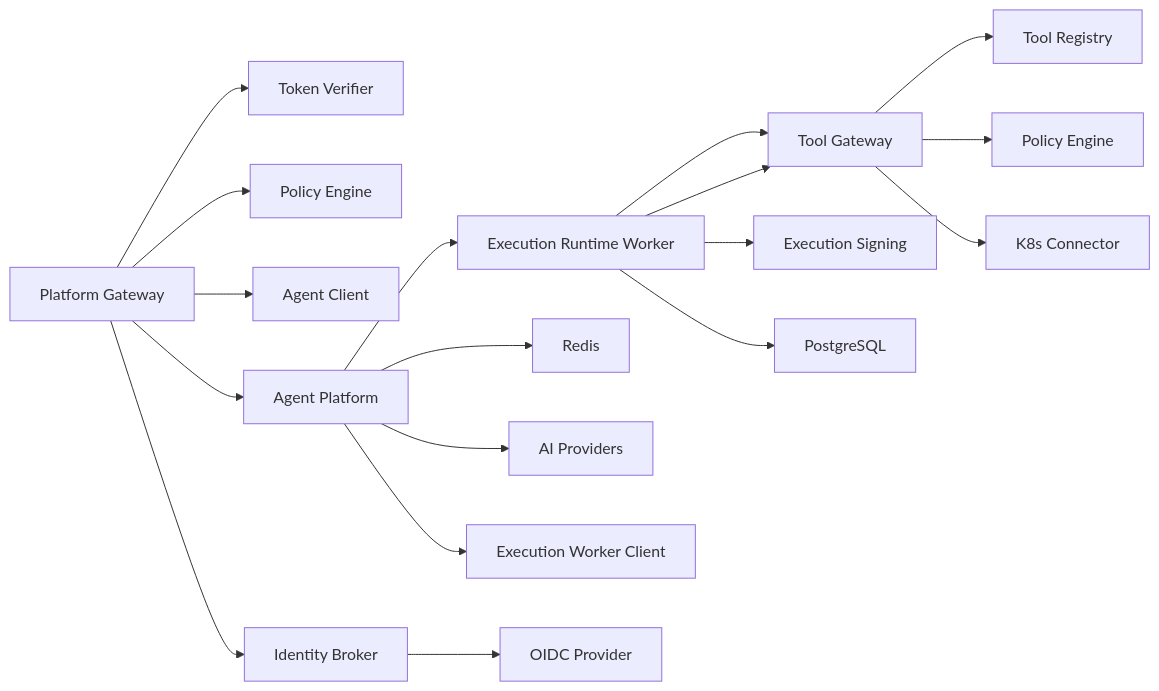
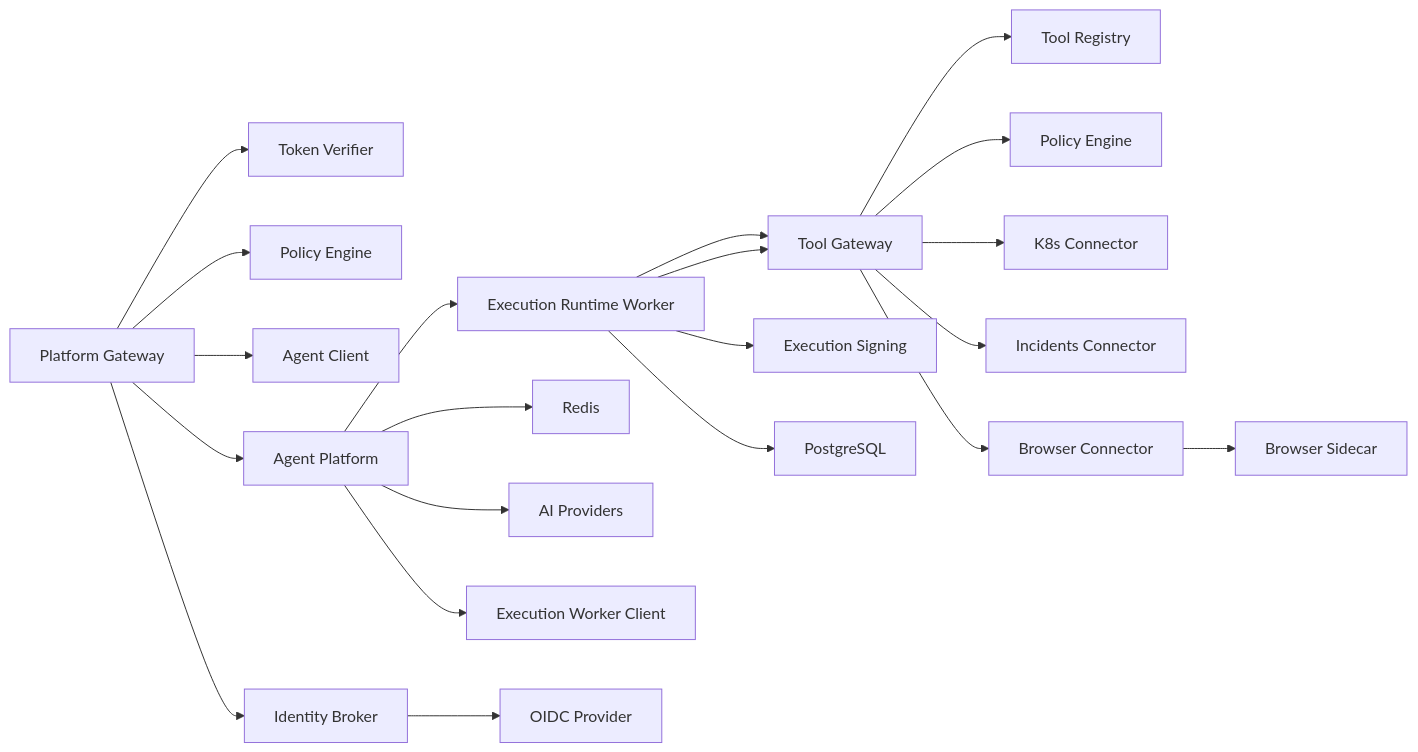
Before and after one commit to metasync/luban-aiops: the tenth of 11 diagrams in .qoder/repowiki/en/content/Architecture Documentation/Architecture Documentation.md, drawn with Mermaid. The commit also changed other lines of this file and 35 other files, not shown here.

````diff
--- a/.qoder/repowiki/en/content/Architecture Documentation/Architecture Documentation.md
+++ b/.qoder/repowiki/en/content/Architecture Documentation/Architecture Documentation.md
@@ -545,20 +705,23 @@
 ```mermaid
 graph LR
 PG["Platform Gateway"] --> TV["Token Verifier"]
 PG --> PE["Policy Engine"]
 PG --> AC["Agent Client"]
 TG["Tool Gateway"] --> TR["Tool Registry"]
 TG --> PE2["Policy Engine"]
 TG --> KC["K8s Connector"]
+TG --> IC["Incidents Connector"]
+TG --> BC["Browser Connector"]
 ERW["Execution Runtime Worker"] --> TG
 ERW --> ES["Execution Signing"]
 ERW --> PG2["PostgreSQL"]
 AP["Agent Platform"] --> RS["Redis"]
 AP --> PR["AI Providers"]
 AP --> EWC["Execution Worker Client"]
 IB["Identity Broker"] --> OIDC["OIDC Provider"]
 PG --> AP
 PG --> IB
 AP --> ERW
 ERW --> TG
+BC --> BROWSER["Browser Sidecar"]
 ```
````
